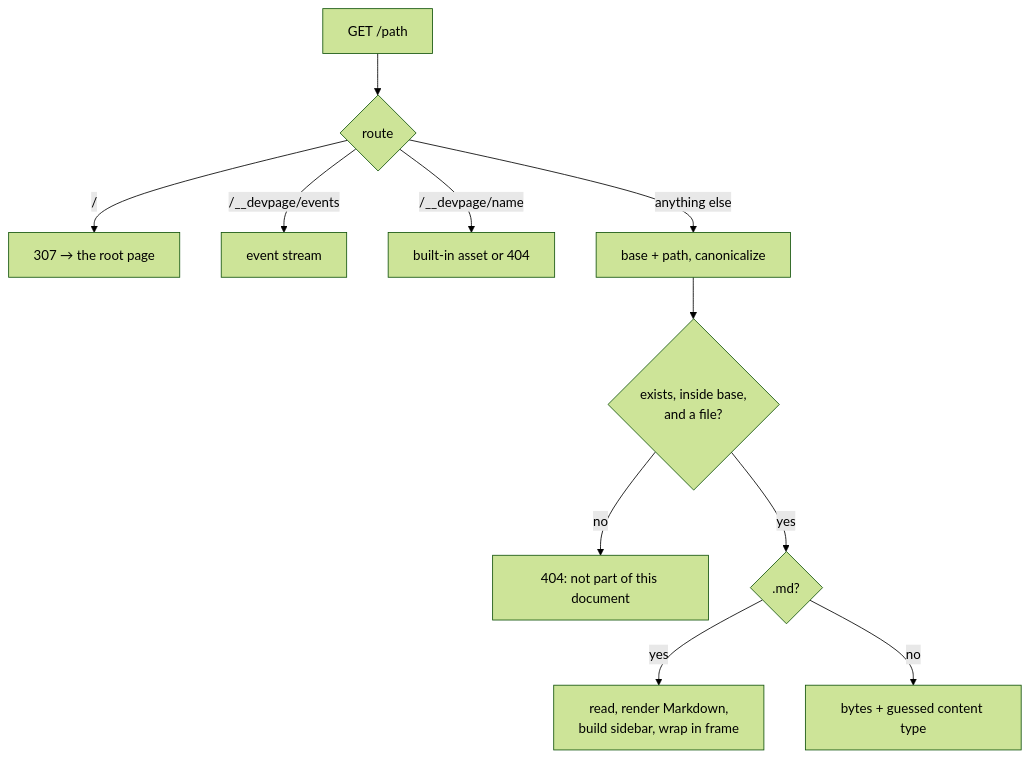
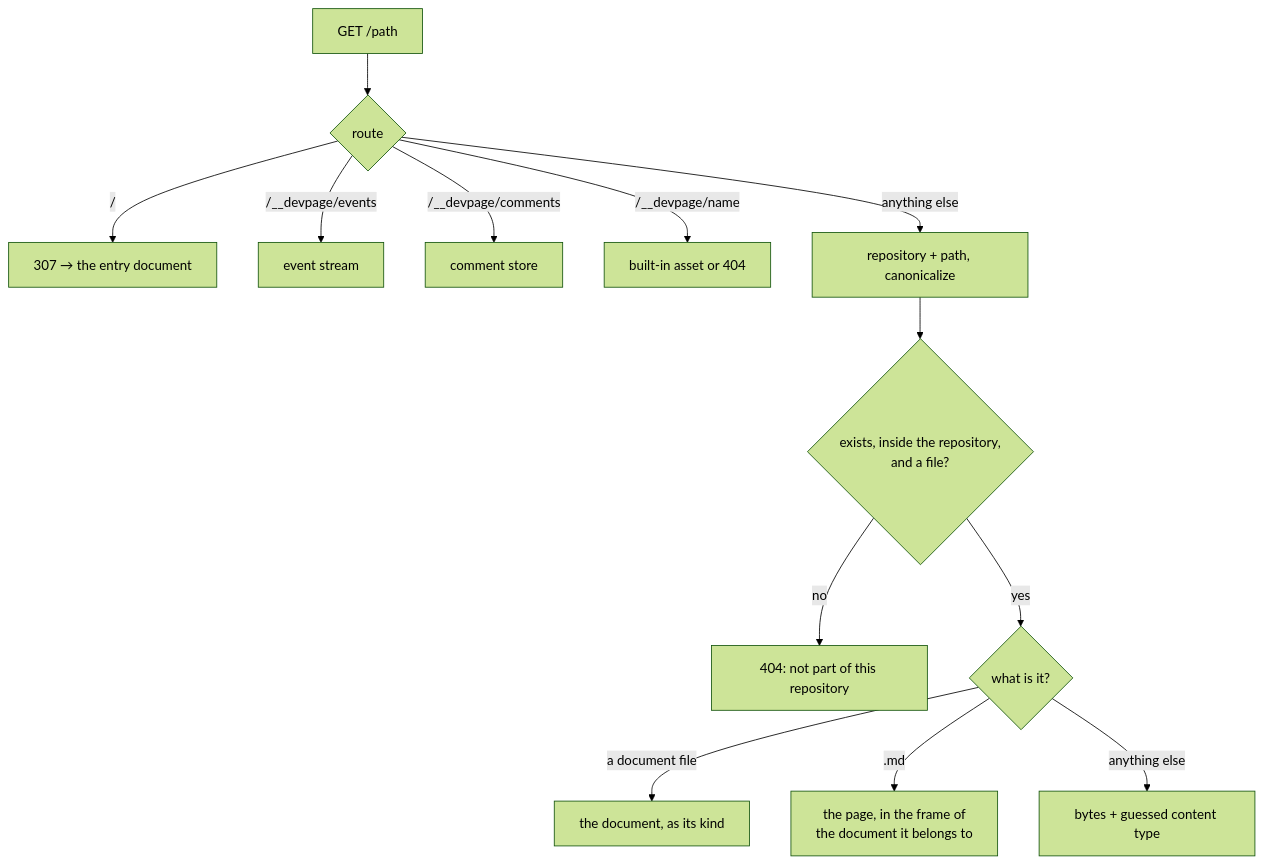
Before and after one commit to andrei512/devpage: the diagram in docs/boxes/viewer/serving-pages/README.md, drawn with Mermaid (forest theme). The commit also changed other lines of this file and 22 other files, not shown here.

First line of the commit message:
Design v0.1: three kinds of document, comments, link checking, PDF, deploying

````diff
--- a/docs/boxes/viewer/serving-pages/README.md
+++ b/docs/boxes/viewer/serving-pages/README.md
@@ -10,22 +10,26 @@
 ```mermaid
 flowchart TD
   req["GET /path"] --> route{"route"}
-  route -->|"/"| redirect["307 → the root page"]
+  route -->|"/"| redirect["307 → the entry document"]
   route -->|"/__devpage/events"| sse["event stream"]
+  route -->|"/__devpage/comments"| comments["comment store"]
   route -->|"/__devpage/name"| asset["built-in asset or 404"]
-  route -->|"anything else"| resolve["base + path, canonicalize"]
-  resolve --> inside{"exists, inside base,<br/>and a file?"}
-  inside -->|"no"| notfound["404: not part of this document"]
-  inside -->|"yes"| md{".md?"}
-  md -->|"yes"| render["read, render Markdown,<br/>build sidebar, wrap in frame"]
-  md -->|"no"| raw["bytes + guessed content type"]
+  route -->|"anything else"| resolve["repository + path, canonicalize"]
+  resolve --> inside{"exists, inside the repository,<br/>and a file?"}
+  inside -->|"no"| notfound["404: not part of this repository"]
+  inside -->|"yes"| kind{"what is it?"}
+  kind -->|"a document file"| document["the document, as its kind"]
+  kind -->|".md"| page["the page, in the frame of<br/>the document it belongs to"]
+  kind -->|"anything else"| raw["bytes + guessed content type"]
   click route href "#routes" "Routes"
-  click redirect href "../configuration-reference/README.md#root" "The root field"
+  click redirect href "#routes" "Routes"
   click sse href "../live-updates/README.md#the-channel-and-the-stream" "The event stream"
+  click comments href "../comments/README.md#under-the-hood" "Comments under the hood"
   click asset href "#built-in-assets" "Built-in assets"
   click resolve href "#the-url-is-the-file-path" "The URL is the file path"
   click inside href "#the-url-is-the-file-path" "Path safety"
   click notfound href "#the-url-is-the-file-path" "Path safety"
-  click render href "#rendering-a-markdown-file" "Rendering a Markdown file"
+  click document href "#which-document-a-file-belongs-to" "Which document a file belongs to"
+  click page href "#which-document-a-file-belongs-to" "Which document a file belongs to"
   click raw href "#other-files" "Other files"
 ```
````
